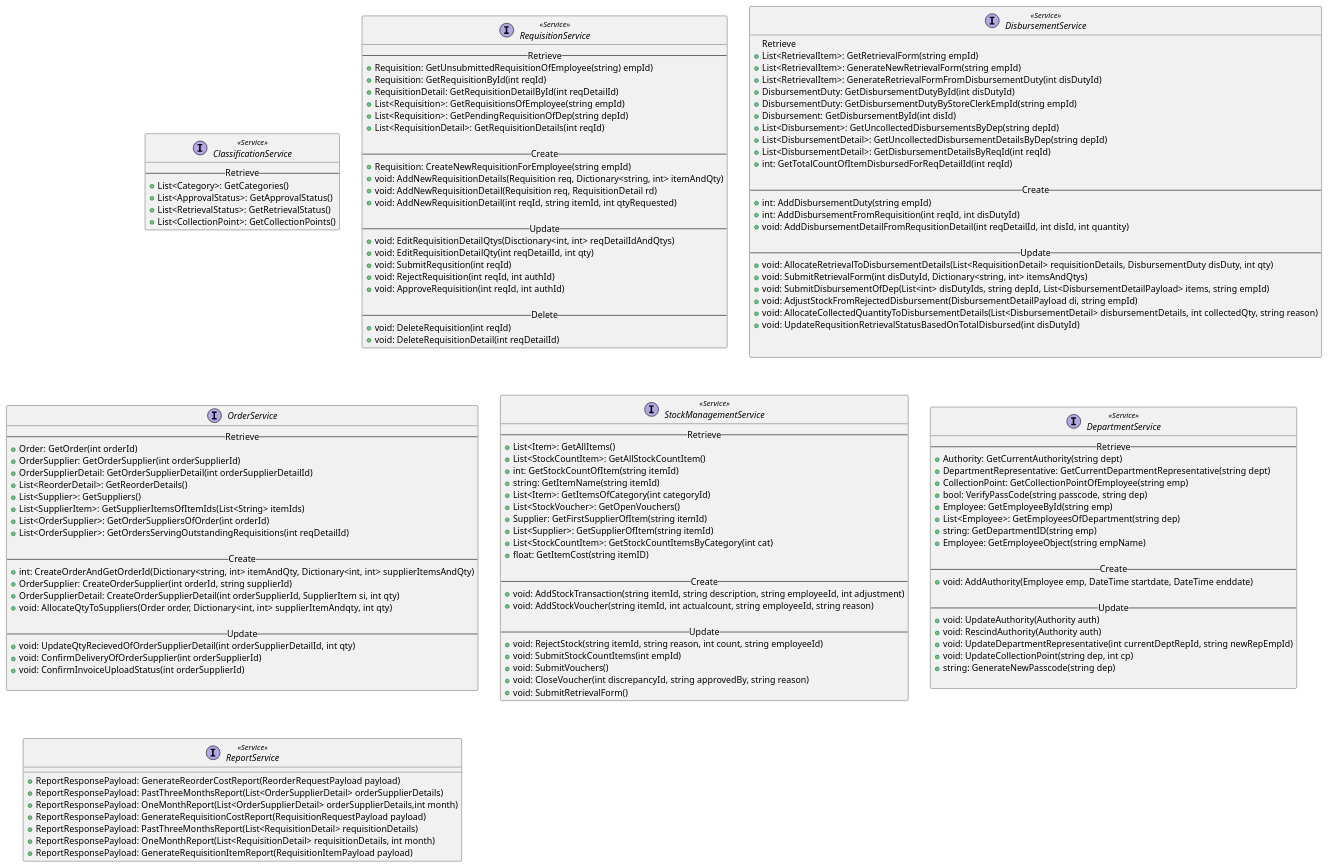
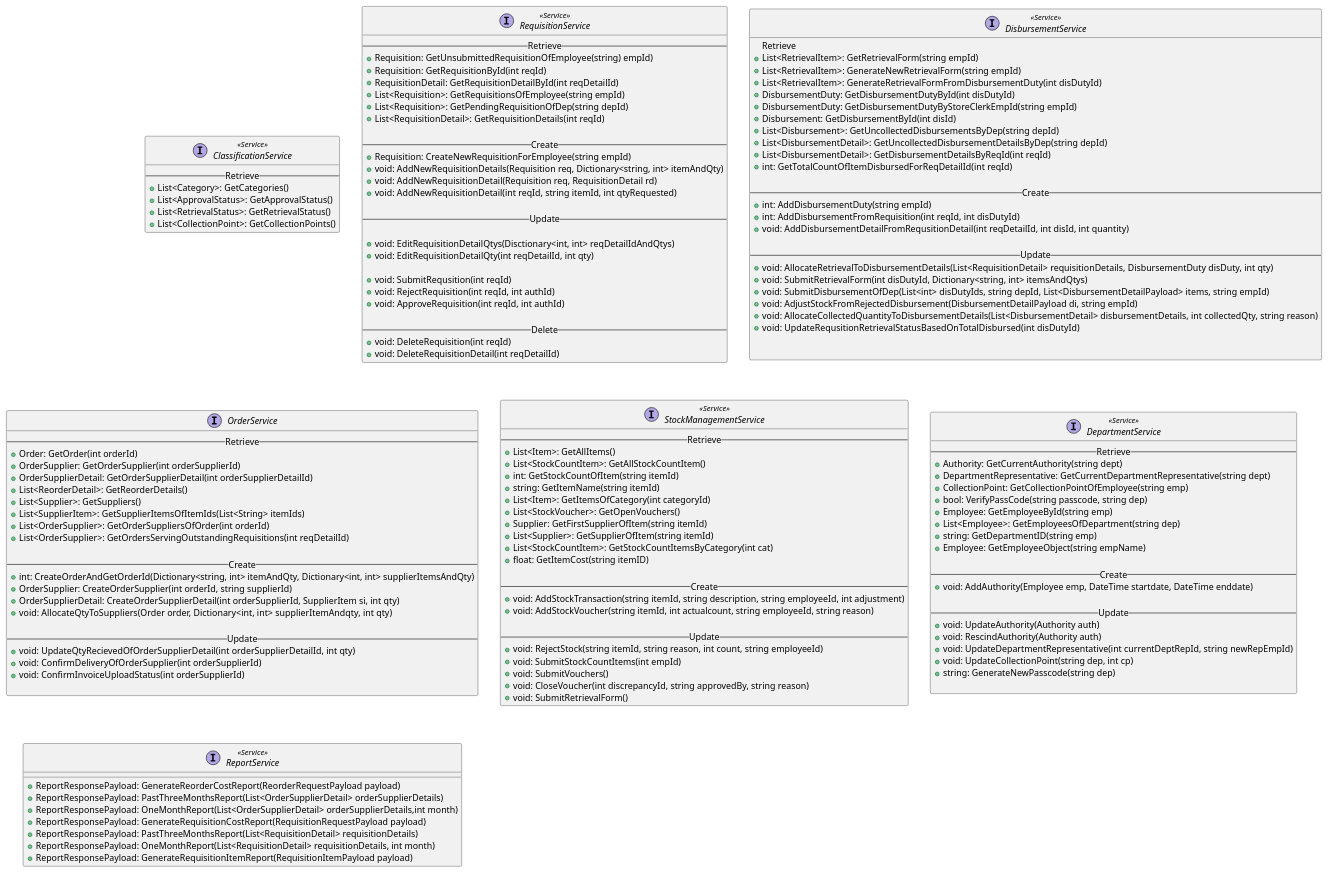
The diagram in Services.wsd (SA46Team5a/AD---ClassAndSequenceDiagram), drawn with PlantUML before and after one commit. The commit also changed 21 other files, not shown here.

Commit message:
Added UseCase class diagrams

```diff
--- a/Services.wsd
+++ b/Services.wsd
@@ -8,156 +8,156 @@
 @startuml
 Interface ClassificationService <<Service>> {
     --Retrieve--
     +List<Category>: GetCategories()
     +List<ApprovalStatus>: GetApprovalStatus()
     +List<RetrievalStatus>: GetRetrievalStatus()
     +List<CollectionPoint>: GetCollectionPoints()
 }
 
 Interface RequisitionService <<Service>> {
     --Retrieve--
     ' RequisitionDetails can be retrieved from Requisition object
     ' If no unsubmitted requsition, create new Requisition object for employee
     +Requisition: GetUnsubmittedRequisitionOfEmployee(string) empId)  
     +Requisition: GetRequisitionById(int reqId)
     +RequisitionDetail: GetRequisitionDetailById(int reqDetailId)
     +List<Requisition>: GetRequisitionsOfEmployee(string empId)
     +List<Requisition>: GetPendingRequisitionOfDep(string depId)
     +List<RequisitionDetail>: GetRequisitionDetails(int reqId)
     
     --Create--
     +Requisition: CreateNewRequisitionForEmployee(string empId)
     +void: AddNewRequisitionDetails(Requisition req, Dictionary<string, int> itemAndQty)
     +void: AddNewRequisitionDetail(Requisition req, RequisitionDetail rd)
     +void: AddNewRequisitionDetail(int reqId, string itemId, int qtyRequested)
 
     --Update--
-    ' Loops through list and calls updateRequsitionDetail
+   
     +void: EditRequisitionDetailQtys(Disctionary<int, int> reqDetailIdAndQtys)
     +void: EditRequisitionDetailQty(int reqDetailId, int qty)
-    ' At submit, call createNewRequisitionForEmployee(Employee emp)
+   
     +void: SubmitRequsition(int reqId)
     +void: RejectRequisition(int reqId, int authId)
     +void: ApproveRequisition(int reqId, int authId)
 
     --Delete--
     +void: DeleteRequisition(int reqId)
     +void: DeleteRequisitionDetail(int reqDetailId)
 }
 
 Interface DisbursementService <<Service>> {
     --Retrieve--   
     +List<RetrievalItem>: GetRetrievalForm(string empId)
     +List<RetrievalItem>: GenerateNewRetrievalForm(string empId)
     +List<RetrievalItem>: GenerateRetrievalFormFromDisbursementDuty(int disDutyId)
     +DisbursementDuty: GetDisbursementDutyById(int disDutyId)
     +DisbursementDuty: GetDisbursementDutyByStoreClerkEmpId(string empId)
     +Disbursement: GetDisbursementById(int disId)
     +List<Disbursement>: GetUncollectedDisbursementsByDep(string depId)
     +List<DisbursementDetail>: GetUncollectedDisbursementDetailsByDep(string depId)
     +List<DisbursementDetail>: GetDisbursementDetailsByReqId(int reqId)
     +int: GetTotalCountOfItemDisbursedForReqDetailId(int reqId)
    
     --Create--
     +int: AddDisbursementDuty(string empId)
     +int: AddDisbursementFromRequisition(int reqId, int disDutyId)
     +void: AddDisbursementDetailFromRequsitionDetail(int reqDetailId, int disId, int quantity)
    
     --Update--
     +void: AllocateRetrievalToDisbursementDetails(List<RequisitionDetail> requisitionDetails, DisbursementDuty disDuty, int qty)
     +void: SubmitRetrievalForm(int disDutyId, Dictionary<string, int> itemsAndQtys)
     +void: SubmitDisbursementOfDep(List<int> disDutyIds, string depId, List<DisbursementDetailPayload> items, string empId)
     +void: AdjustStockFromRejectedDisbursement(DisbursementDetailPayload di, string empId)
     +void: AllocateCollectedQuantityToDisbursementDetails(List<DisbursementDetail> disbursementDetails, int collectedQty, string reason)
     +void: UpdateRequsitionRetrievalStatusBasedOnTotalDisbursed(int disDutyId)
    
 
 }
 
 Interface OrderService {
     --Retrieve--
     ' Loops through and calls the second method
     +Order: GetOrder(int orderId)
     +OrderSupplier: GetOrderSupplier(int orderSupplierId)
     +OrderSupplierDetail: GetOrderSupplierDetail(int orderSupplierDetailId)
     +List<ReorderDetail>: GetReorderDetails()
     +List<Supplier>: GetSuppliers()
     +List<SupplierItem>: GetSupplierItemsOfItemIds(List<String> itemIds)
     +List<OrderSupplier>: GetOrderSuppliersOfOrder(int orderId)
     +List<OrderSupplier>: GetOrdersServingOutstandingRequisitions(int reqDetailId)
 
     --Create--
     ' createNewOrder will call addOrder, addOrderSupplier and addOrderSupplierDetails
     +int: CreateOrderAndGetOrderId(Dictionary<string, int> itemAndQty, Dictionary<int, int> supplierItemsAndQty)
     +OrderSupplier: CreateOrderSupplier(int orderId, string supplierId)
     +OrderSupplierDetail: CreateOrderSupplierDetail(int orderSupplierId, SupplierItem si, int qty)
     +void: AllocateQtyToSuppliers(Order order, Dictionary<int, int> supplierItemAndqty, int qty)
 
     --Update--
     +void: UpdateQtyRecievedOfOrderSupplierDetail(int orderSupplierDetailId, int qty)
     +void: ConfirmDeliveryOfOrderSupplier(int orderSupplierId)
     +void: ConfirmInvoiceUploadStatus(int orderSupplierId)
 
    }
 
 Interface StockManagementService <<Service>> {
     --Retrieve--
     +List<Item>: GetAllItems()       
     +List<StockCountItem>: GetAllStockCountItem()      
     +int: GetStockCountOfItem(string itemId)
     +string: GetItemName(string itemId)
     +List<Item>: GetItemsOfCategory(int categoryId)
     +List<StockVoucher>: GetOpenVouchers()              
     +Supplier: GetFirstSupplierOfItem(string itemId)     
     +List<Supplier>: GetSupplierOfItem(string itemId)
     +List<StockCountItem>: GetStockCountItemsByCategory(int cat)
     +float: GetItemCost(string itemID)
 
     --Create--
     +void: AddStockTransaction(string itemId, string description, string employeeId, int adjustment)
     +void: AddStockVoucher(string itemId, int actualcount, string employeeId, string reason)
 
     --Update--
     +void: RejectStock(string itemId, string reason, int count, string employeeId)
     +void: SubmitStockCountItems(int empId)
     +void: SubmitVouchers()
     +void: CloseVoucher(int discrepancyId, string approvedBy, string reason)
     +void: SubmitRetrievalForm()
 }
 
 Interface DepartmentService <<Service>> {
     --Retrieve--
     ' Get authorised person based on current date
     +Authority: GetCurrentAuthority(string dept)
     +DepartmentRepresentative: GetCurrentDepartmentRepresentative(string dept)
     +CollectionPoint: GetCollectionPointOfEmployee(string emp)
     +bool: VerifyPassCode(string passcode, string dep)
     +Employee: GetEmployeeById(string emp)
     +List<Employee>: GetEmployeesOfDepartment(string dep)
     +string: GetDepartmentID(string emp)
     +Employee: GetEmployeeObject(string empName)
 
     --Create--
     ' Add emp as Authority with start and end date, and add Dep Head with start date = emp end date + 1
     +void: AddAuthority(Employee emp, DateTime startdate, DateTime enddate)
 
     --Update--
     +void: UpdateAuthority(Authority auth)
     +void: RescindAuthority(Authority auth)
     +void: UpdateDepartmentRepresentative(int currentDeptRepId, string newRepEmpId)
     +void: UpdateCollectionPoint(string dep, int cp)
     +string: GenerateNewPasscode(string dep)
 
 }
 
 Interface ReportService <<Service>>{
 
 + ReportResponsePayload: GenerateReorderCostReport(ReorderRequestPayload payload)
 + ReportResponsePayload: PastThreeMonthsReport(List<OrderSupplierDetail> orderSupplierDetails)
 + ReportResponsePayload: OneMonthReport(List<OrderSupplierDetail> orderSupplierDetails,int month)
 + ReportResponsePayload: GenerateRequisitionCostReport(RequisitionRequestPayload payload)
 + ReportResponsePayload: PastThreeMonthsReport(List<RequisitionDetail> requisitionDetails)
 + ReportResponsePayload: OneMonthReport(List<RequisitionDetail> requisitionDetails, int month)
 + ReportResponsePayload: GenerateRequisitionItemReport(RequisitionItemPayload payload)
 }
 @enduml
```
